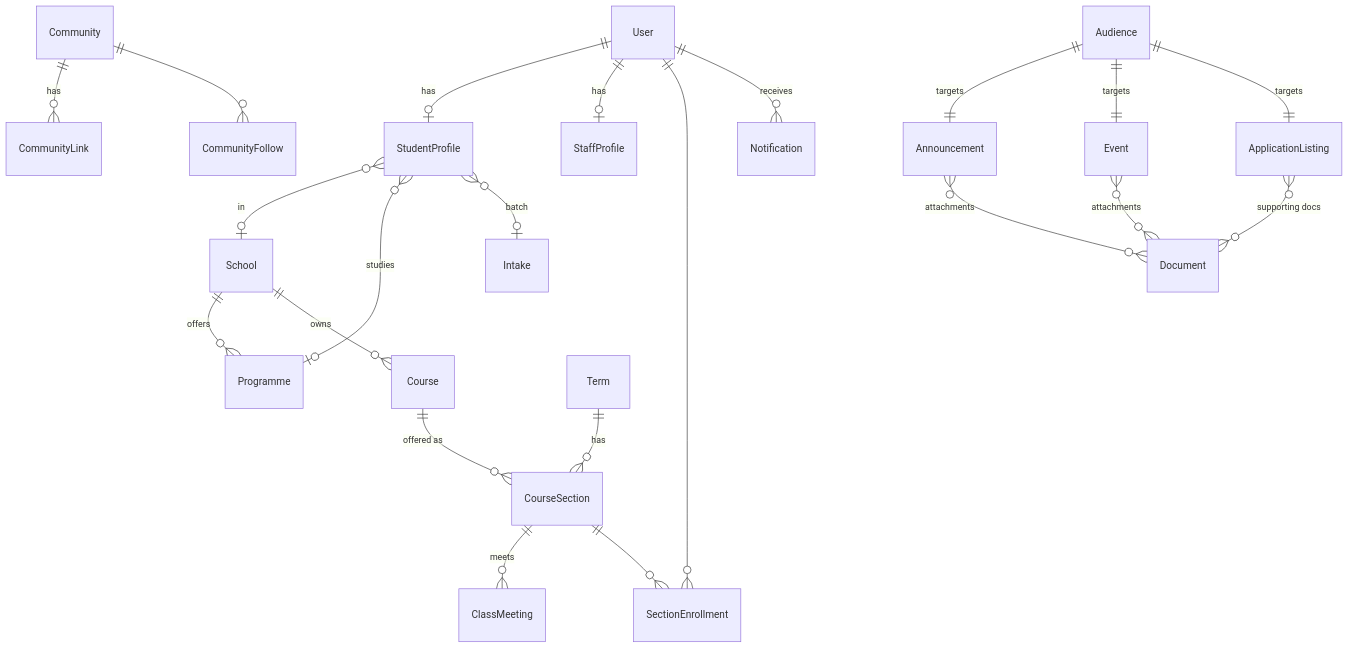
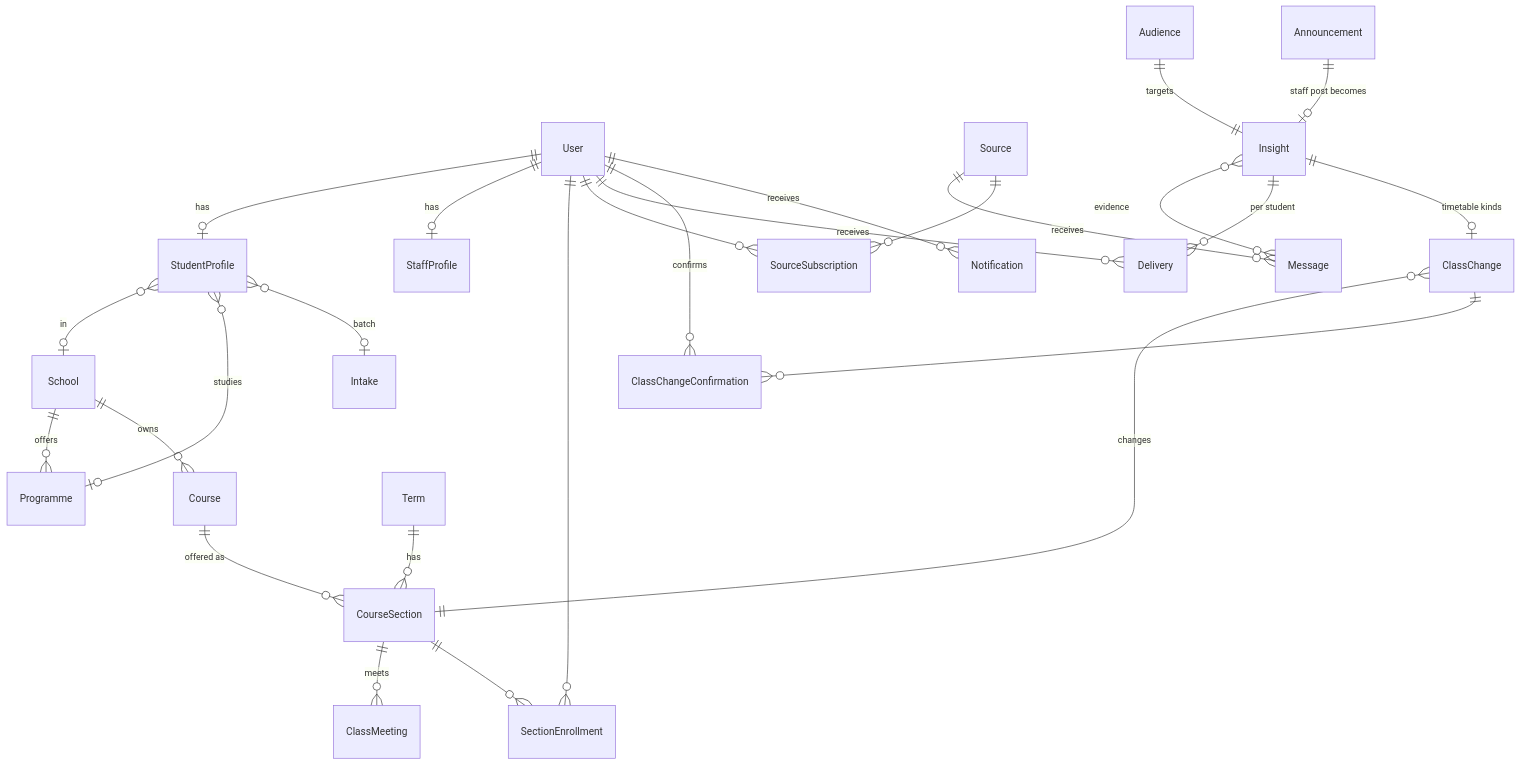
The diagram in docs/03-data-model.md (AbdulazizTajuMohammedyasin/uni-flow), drawn with Mermaid before and after one commit. The commit also changed other lines of this file and 14 other files, not shown here.

````diff
--- a/docs/03-data-model.md
+++ b/docs/03-data-model.md
@@ -15,24 +17,28 @@
 ```mermaid
 erDiagram
     User ||--o| StudentProfile : has
     User ||--o| StaffProfile : has
     School ||--o{ Programme : offers
     School ||--o{ Course : owns
     StudentProfile }o--o| School : in
     StudentProfile }o--o| Programme : studies
     StudentProfile }o--o| Intake : "batch"
     Term ||--o{ CourseSection : has
     Course ||--o{ CourseSection : "offered as"
     CourseSection ||--o{ ClassMeeting : meets
     CourseSection ||--o{ SectionEnrollment : ""
     User ||--o{ SectionEnrollment : ""
-    Community ||--o{ CommunityLink : has
-    Community ||--o{ CommunityFollow : ""
-    Audience ||--|| Announcement : targets
-    Audience ||--|| Event : targets
-    Audience ||--|| ApplicationListing : targets
-    Announcement }o--o{ Document : attachments
-    Event }o--o{ Document : attachments
-    ApplicationListing }o--o{ Document : "supporting docs"
+    Source ||--o{ Message : receives
+    Source ||--o{ SourceSubscription : ""
+    User ||--o{ SourceSubscription : ""
+    Insight }o--o{ Message : "evidence"
+    Audience ||--|| Insight : targets
+    Insight ||--o{ Delivery : "per student"
+    User ||--o{ Delivery : receives
+    Insight ||--o| ClassChange : "timetable kinds"
+    ClassChange }o--|| CourseSection : changes
+    ClassChange ||--o{ ClassChangeConfirmation : ""
+    User ||--o{ ClassChangeConfirmation : confirms
+    Announcement ||--o| Insight : "staff post becomes"
     User ||--o{ Notification : receives
 ```
````
